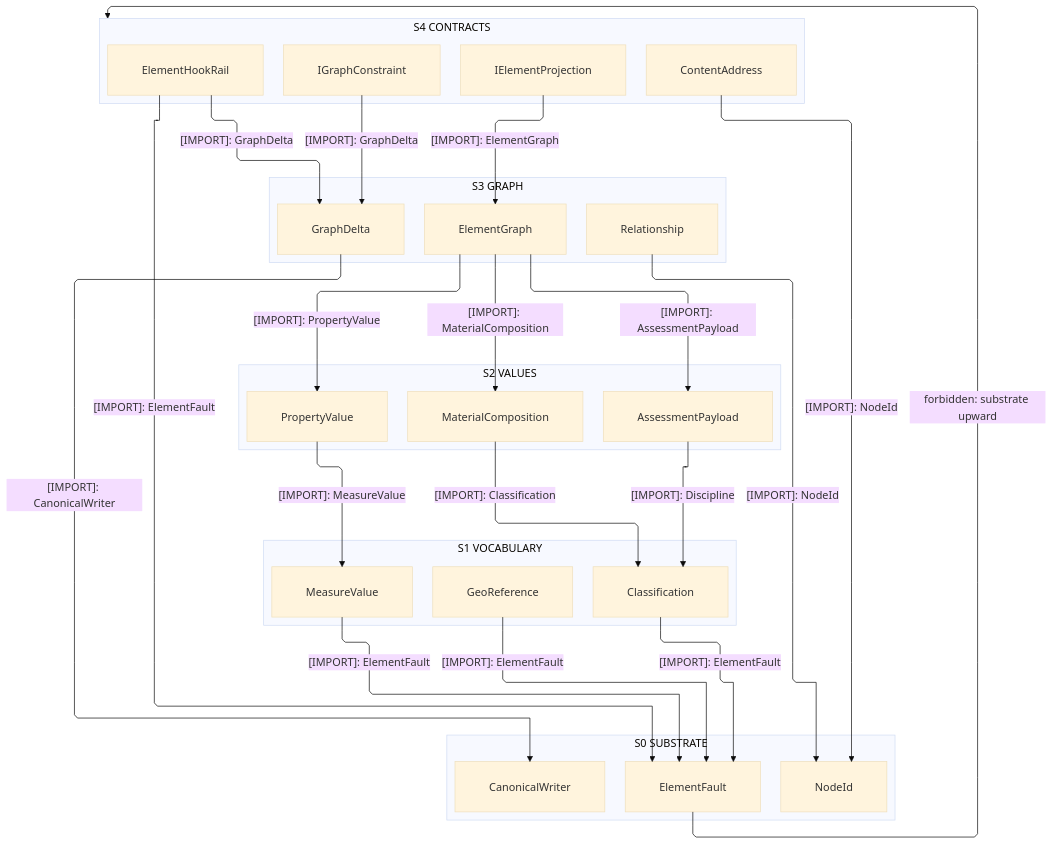
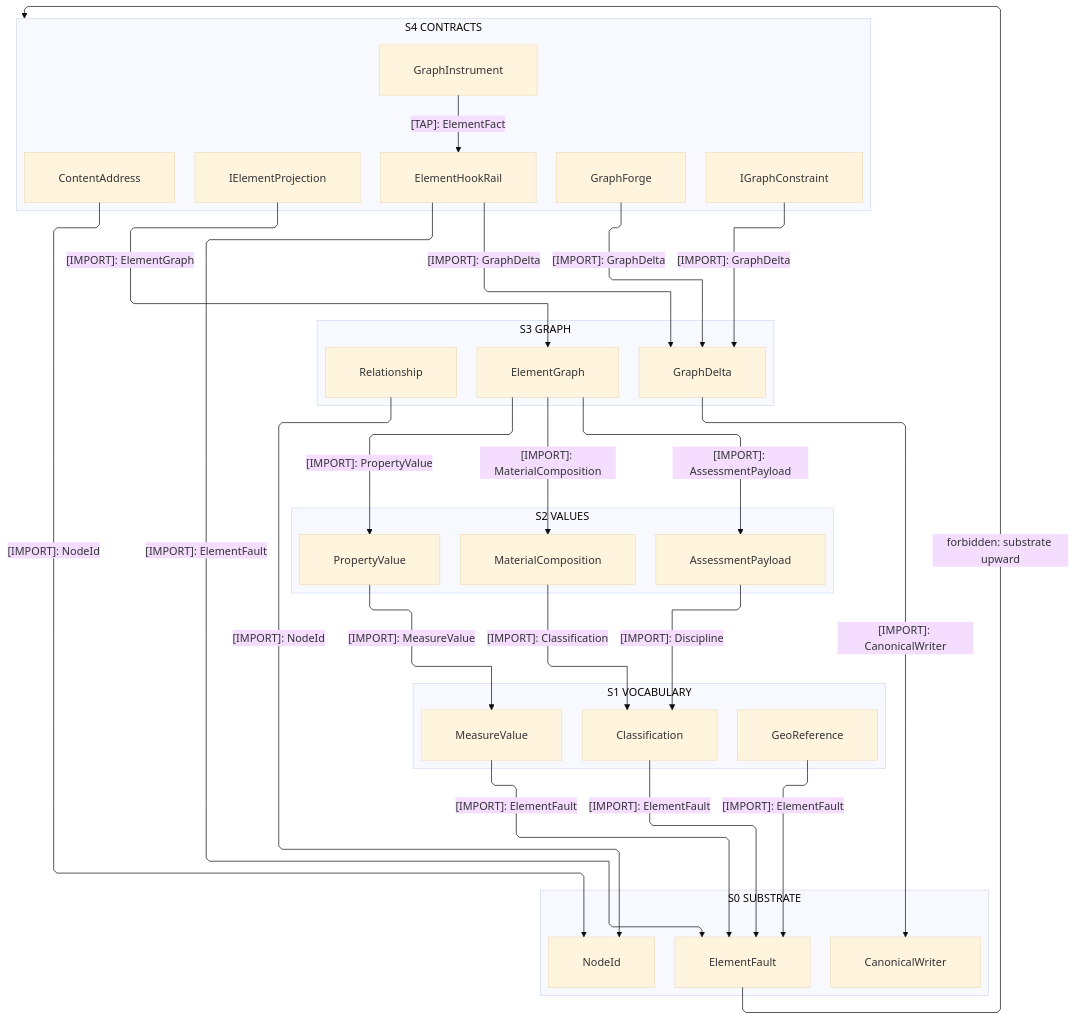
Before and after one commit to bsamiee/Rasm: the first of 3 diagrams in libs/csharp/Rasm.Element/ARCHITECTURE.md, drawn with Mermaid (base theme). The commit also changed other lines of this file and 124 other files, not shown here.

First line of the commit message:
planning registries: ARCHITECTURE/README/IDEAS/TASKLOG/RULINGS + csproj, campaign-method, CLAUDE.md

````diff
--- a/libs/csharp/Rasm.Element/ARCHITECTURE.md
+++ b/libs/csharp/Rasm.Element/ARCHITECTURE.md
@@ -48,55 +49,59 @@
 ```mermaid
 ---
 config:
   layout: elk
   flowchart:
     curve: linear
     padding: 25
 ---
 flowchart TB
     accTitle: Rasm.Element interior strata
     accDescr: Five member-resolved strata from the projection contracts and content codec through the element graph and its value and vocabulary families onto the fault-and-key substrate, every consumption edge downward naming one sourced type, and one forbidden upward edge marked.
     subgraph L4["S4 CONTRACTS"]
         IProjection[IElementProjection]
         IConstraint[IGraphConstraint]
         Address[ContentAddress]
         HookRail[ElementHookRail]
+        Instrument[GraphInstrument]
+        Forge[GraphForge]
     end
     subgraph L3["S3 GRAPH"]
         ElementGraph[ElementGraph]
         Delta[GraphDelta]
         Relationship[Relationship]
     end
     subgraph L2["S2 VALUES"]
         Property[PropertyValue]
         Composition[MaterialComposition]
         Payload[AssessmentPayload]
     end
     subgraph L1["S1 VOCABULARY"]
         Classification[Classification]
         Measure[MeasureValue]
         GeoReference[GeoReference]
     end
     subgraph L0["S0 SUBSTRATE"]
         Fault[ElementFault]
         Writer[CanonicalWriter]
         NodeId[NodeId]
     end
     IProjection -->|"[IMPORT]: ElementGraph"| ElementGraph
     IConstraint -->|"[IMPORT]: GraphDelta"| Delta
     HookRail -->|"[IMPORT]: GraphDelta"| Delta
     HookRail -->|"[IMPORT]: ElementFault"| Fault
+    Instrument -->|"[TAP]: ElementFact"| HookRail
+    Forge -->|"[IMPORT]: GraphDelta"| Delta
     Address -->|"[IMPORT]: NodeId"| NodeId
     ElementGraph -->|"[IMPORT]: PropertyValue"| Property
     ElementGraph -->|"[IMPORT]: MaterialComposition"| Composition
     ElementGraph -->|"[IMPORT]: AssessmentPayload"| Payload
     Delta -->|"[IMPORT]: CanonicalWriter"| Writer
     Relationship -->|"[IMPORT]: NodeId"| NodeId
     Property -->|"[IMPORT]: MeasureValue"| Measure
     Payload -->|"[IMPORT]: Discipline"| Classification
     Composition -->|"[IMPORT]: Classification"| Classification
     Classification -->|"[IMPORT]: ElementFault"| Fault
     GeoReference -->|"[IMPORT]: ElementFault"| Fault
     Measure -->|"[IMPORT]: ElementFault"| Fault
     Fault -->|"forbidden: substrate upward"| L4
 ```
````
